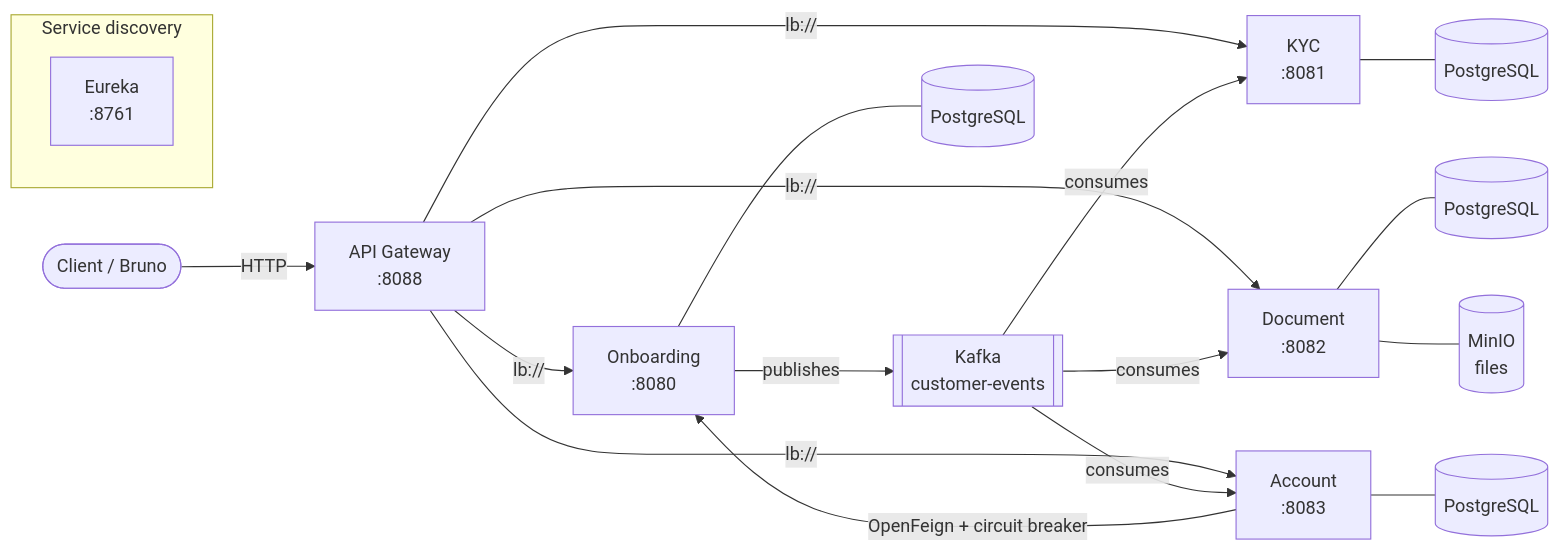
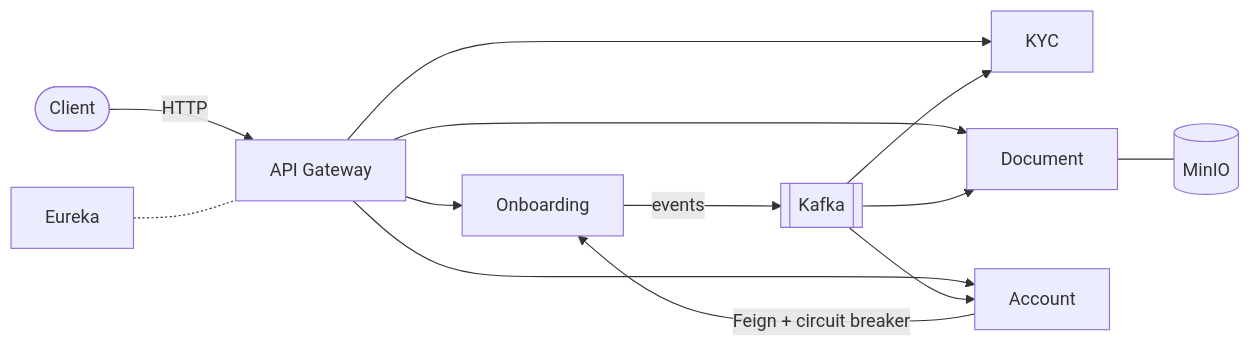
The diagram in README.md (najidnizar/bank-clients-management), drawn with Mermaid before and after one commit. The commit also changed other lines of this file and 16 other files, not shown here.

````diff
--- a/README.md
+++ b/README.md
@@ -16,26 +21,15 @@
 ```mermaid
 flowchart LR
-    client([Client / Bruno]) -->|HTTP| gw[API Gateway<br/>:8088]
-
-    subgraph discovery [Service discovery]
-        eureka[Eureka<br/>:8761]
-    end
-
-    gw -->|lb://| onb[Onboarding<br/>:8080]
-    gw -->|lb://| kyc[KYC<br/>:8081]
-    gw -->|lb://| doc[Document<br/>:8082]
-    gw -->|lb://| acc[Account<br/>:8083]
-
-    acc -->|OpenFeign + circuit breaker| onb
-
-    onb -- publishes --> kafka[[Kafka<br/>customer-events]]
-    kafka -- consumes --> kyc
-    kafka -- consumes --> doc
-    kafka -- consumes --> acc
-
-    onb --- db1[(PostgreSQL)]
-    kyc --- db2[(PostgreSQL)]
-    doc --- db3[(PostgreSQL)]
-    acc --- db4[(PostgreSQL)]
-    doc --- minio[(MinIO<br/>files)]
+    client([Client]) -->|HTTP| gw[API Gateway]
+    gw --> onb[Onboarding]
+    gw --> kyc[KYC]
+    gw --> doc[Document]
+    gw --> acc[Account]
+    acc -->|Feign + circuit breaker| onb
+    onb -- events --> kafka[[Kafka]]
+    kafka --> kyc
+    kafka --> doc
+    kafka --> acc
+    doc --- minio[(MinIO)]
+    eureka[Eureka] -.- gw
 ```
````
